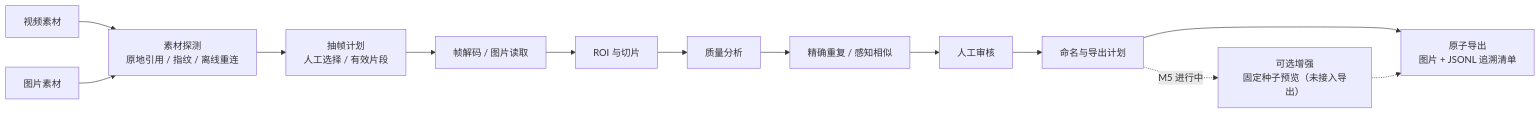
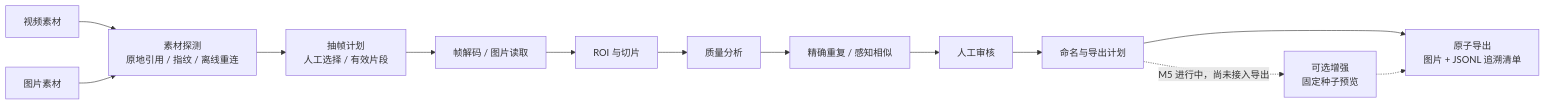
One commit to SolitudeZY/Free_Train changed the diagram in README.md. Above: the diagram before and after it, drawn with Mermaid.

Commit message:
docs: use standard mermaid edge label syntax in flow diagram

````diff
--- a/README.md
+++ b/README.md
@@ -103,15 +103,15 @@
 ```mermaid
 flowchart LR
-    Video["视频素材"] --> Import
+    Video["视频素材"] --> Import["素材探测<br/>原地引用 / 指纹 / 离线重连"]
     Image["图片素材"] --> Import
-    Import["素材探测<br/>原地引用 / 指纹 / 离线重连"] --> Selection["抽帧计划<br/>人工选择 / 有效片段"]
+    Import --> Selection["抽帧计划<br/>人工选择 / 有效片段"]
     Selection --> Decode["帧解码 / 图片读取"]
     Decode --> Roi["ROI 与切片"]
     Roi --> Quality["质量分析"]
     Quality --> Similarity["精确重复 / 感知相似"]
     Similarity --> Review["人工审核"]
     Review --> ExportPlan["命名与导出计划"]
     ExportPlan --> Export["原子导出<br/>图片 + JSONL 追溯清单"]
-    ExportPlan -. "M5 进行中" .-> Augment["可选增强<br/>固定种子预览（未接入导出）"]
+    ExportPlan -.->|M5 进行中，尚未接入导出| Augment["可选增强<br/>固定种子预览"]
     Augment -.-> Export
 ```
````
